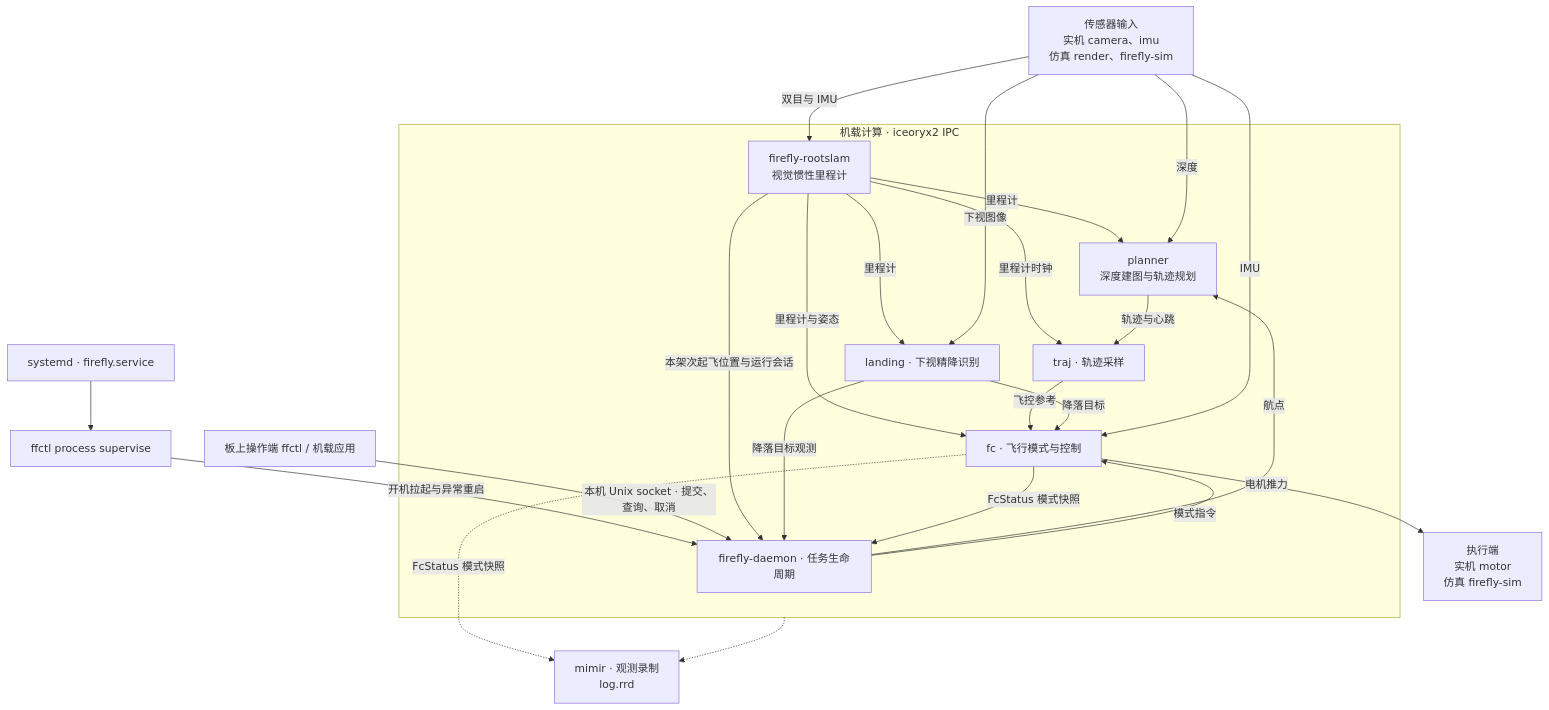
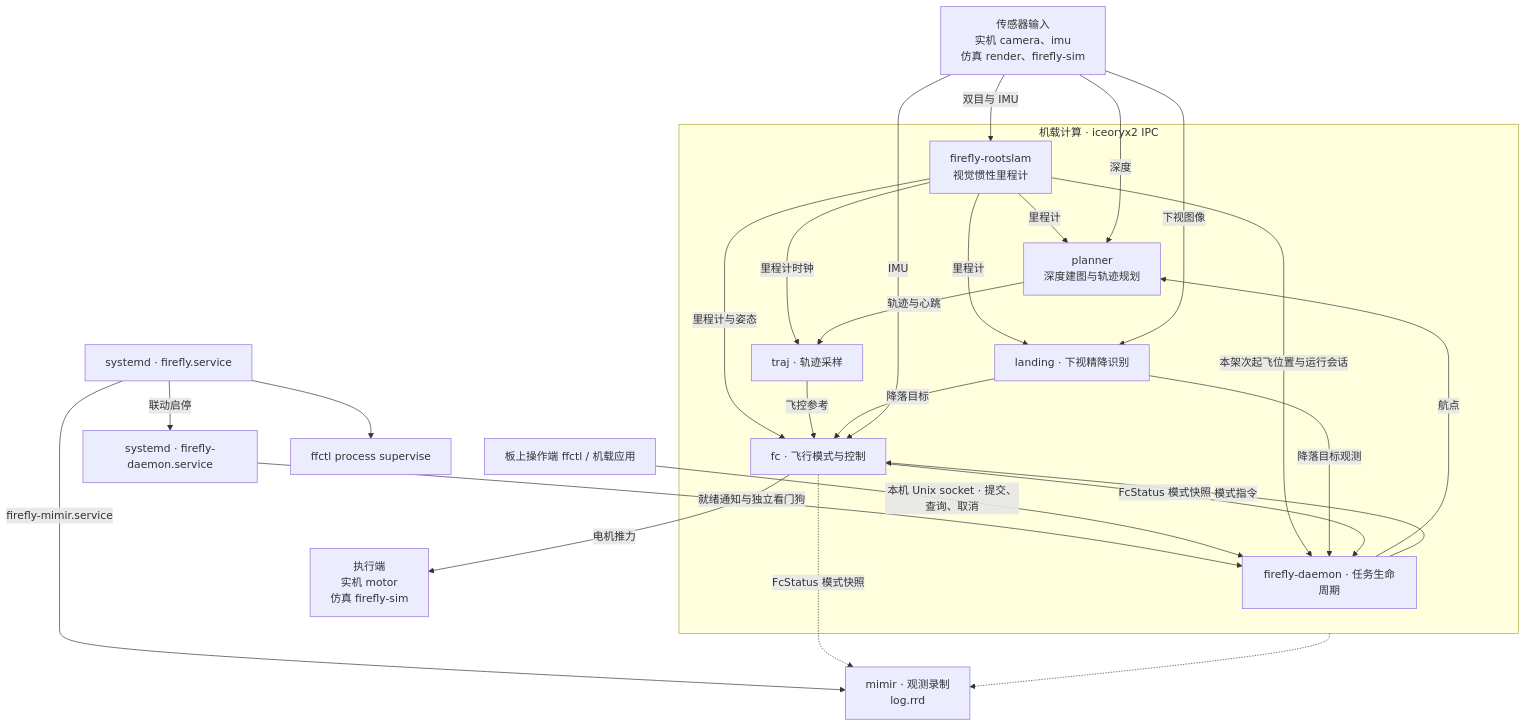
Before and after one commit to 3SE-Competitive-Robotics-Team/firefly: the first of 2 diagrams in docs/architecture.md, drawn with Mermaid. The commit also changed other lines of this file and 73 other files, not shown here.

````diff
--- a/docs/architecture.md
+++ b/docs/architecture.md
@@ -3,47 +3,49 @@
 ```mermaid
 flowchart TB
     sensors["`传感器输入
 实机 camera、imu
 仿真 render、firefly-sim`"]
     operator["板上操作端 ffctl / 机载应用"]
     init["systemd · firefly.service"]
     supervisor["ffctl process supervise"]
 
     subgraph flight["机载计算 · iceoryx2 IPC"]
         task["firefly-daemon · 任务生命周期"]
         vio["`firefly-rootslam
 视觉惯性里程计`"]
         landing["landing · 下视精降识别"]
         planner["`planner
 深度建图与轨迹规划`"]
         traj["traj · 轨迹采样"]
         fc["fc · 飞行模式与控制"]
 
         vio -->|里程计| planner
         vio -->|里程计| landing
         vio -->|里程计时钟| traj
         vio -->|里程计与姿态| fc
         planner -->|轨迹与心跳| traj
         traj -->|飞控参考| fc
         landing -->|降落目标| fc
     end
 
     sensors -->|双目与 IMU| vio
     sensors -->|深度| planner
     sensors -->|下视图像| landing
     sensors -->|IMU| fc
     init --> supervisor
-    supervisor -->|开机拉起与异常重启| task
+    init -->|联动启停| unit["systemd · firefly-daemon.service"]
+    unit -->|就绪通知与独立看门狗| task
+    init -->|firefly-mimir.service| mimir
     operator -->|本机 Unix socket · 提交、查询、取消| task
     task -->|航点| planner
     vio -->|本架次起飞位置与运行会话| task
     landing -->|降落目标观测| task
     fc -->|FcStatus 模式快照| task
     fc -.->|FcStatus 模式快照| mimir
     task -->|模式指令| fc
     fc -->|电机推力| actuators["`执行端
 实机 motor
 仿真 firefly-sim`"]
     flight -.-> mimir["`mimir · 观测录制
 log.rrd`"]
 ```
````
